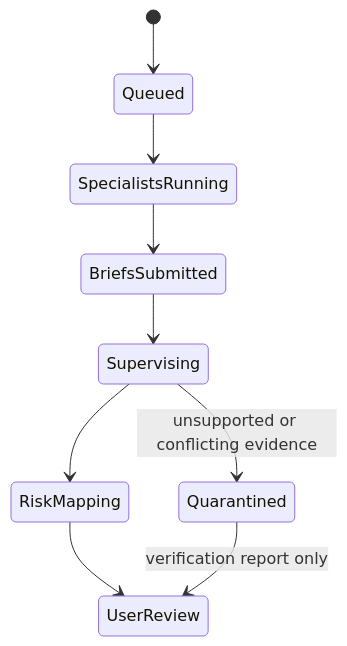
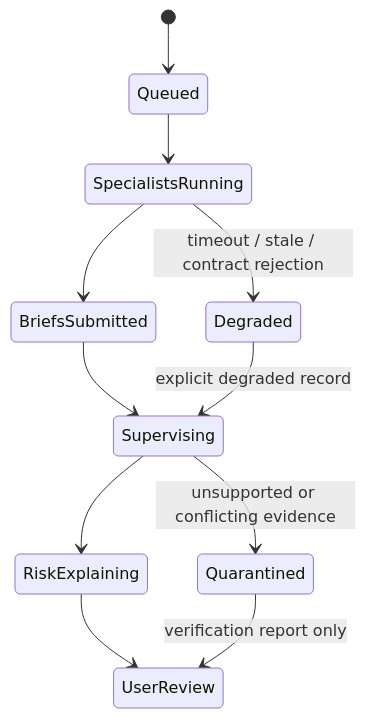
One commit to mungbean138516-jpg/orglab-sentinel changed the second of 3 diagrams in docs/ARCHITECTURE.md. Above: the diagram before and after it, drawn with Mermaid. The commit also changed other lines of this file and 37 other files, not shown here.

````diff
--- a/docs/ARCHITECTURE.md
+++ b/docs/ARCHITECTURE.md
@@ -9,11 +31,13 @@
 ```mermaid
 stateDiagram-v2
     [*] --> Queued
     Queued --> SpecialistsRunning
     SpecialistsRunning --> BriefsSubmitted
+    SpecialistsRunning --> Degraded: timeout / stale / contract rejection
     BriefsSubmitted --> Supervising
-    Supervising --> RiskMapping
-    RiskMapping --> UserReview
+    Degraded --> Supervising: explicit degraded record
+    Supervising --> RiskExplaining
     Supervising --> Quarantined: unsupported or conflicting evidence
+    RiskExplaining --> UserReview
     Quarantined --> UserReview: verification report only
 ```
````
